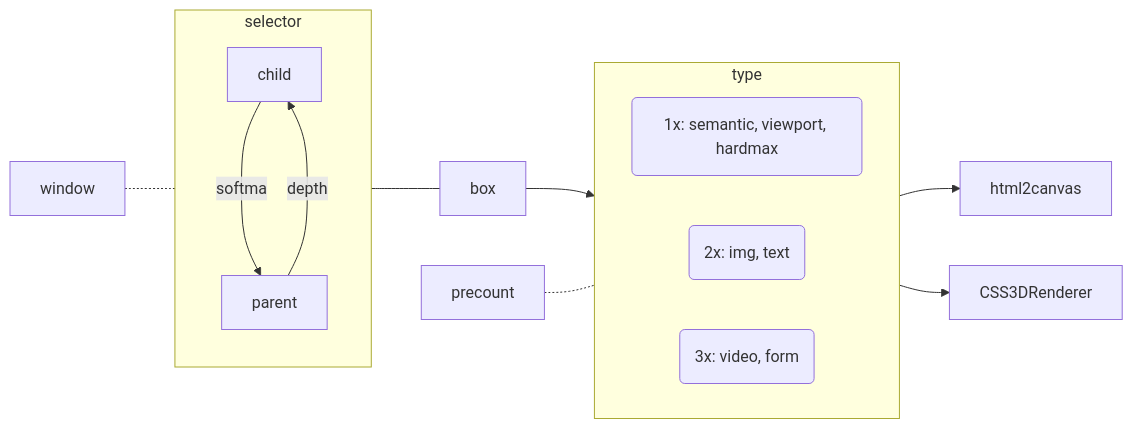
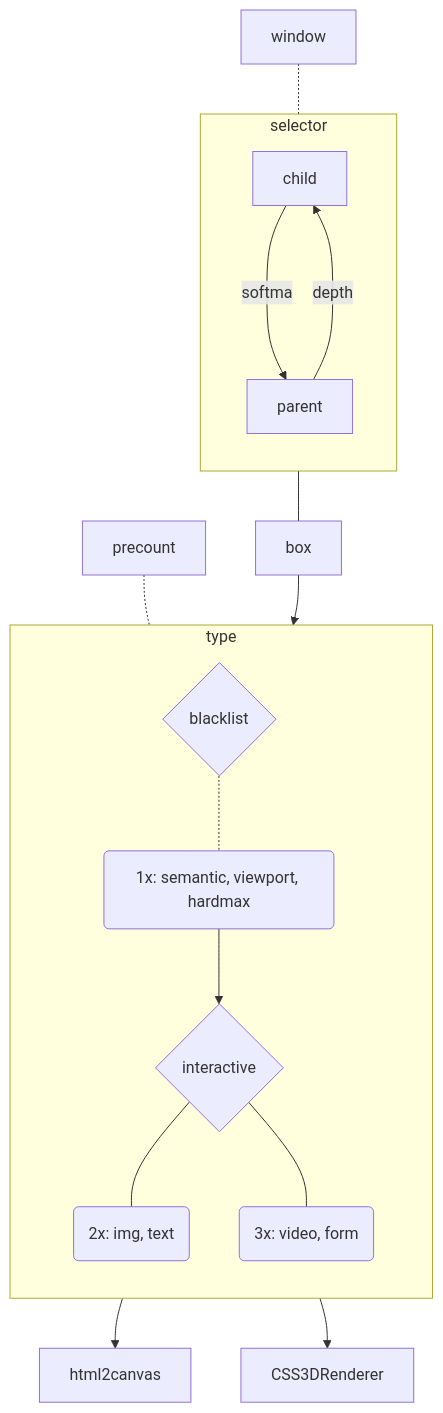
One commit to KurtPachinger/mpos-precept changed the diagram in README.md. Above: the diagram before and after it, drawn with Mermaid.

````diff
--- a/README.md
+++ b/README.md
@@ -5,22 +5,26 @@
 ```mermaid
-flowchart LR
+flowchart TB
 
 window-.-selector
 subgraph selector
  direction TB
  child--softmax-->parent
  parent--depth-->child
 end
-selector---box-->type
 
-precount-.-type
+precount-.-b
+selector---box-->a
+
+
 subgraph type
-  direction LR
-  b("1x: semantic, viewport, hardmax")
-  canvas("2x: img, text")
-  css3d("3x: video, form")
+  direction TB
+  tag{blacklist}-.-a
+  a("1x: semantic, viewport, hardmax")
+  a-->b{interactive}
+  b---canvas("2x: img, text")
+  b---css3d("3x: video, form")
 end
 
 canvas-->html2canvas
 css3d-->CSS3DRenderer
 ```
````
